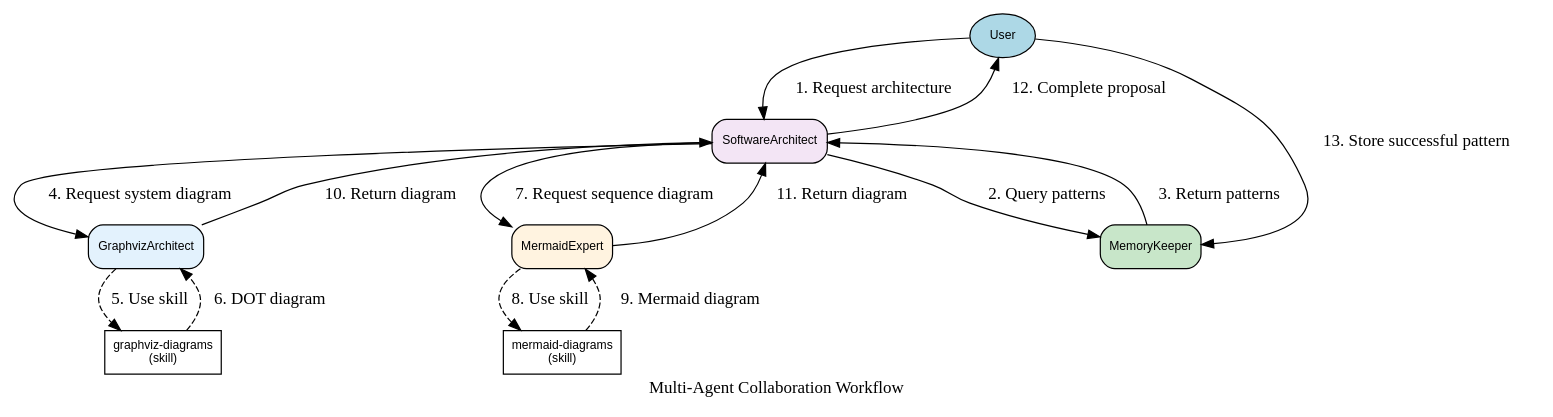
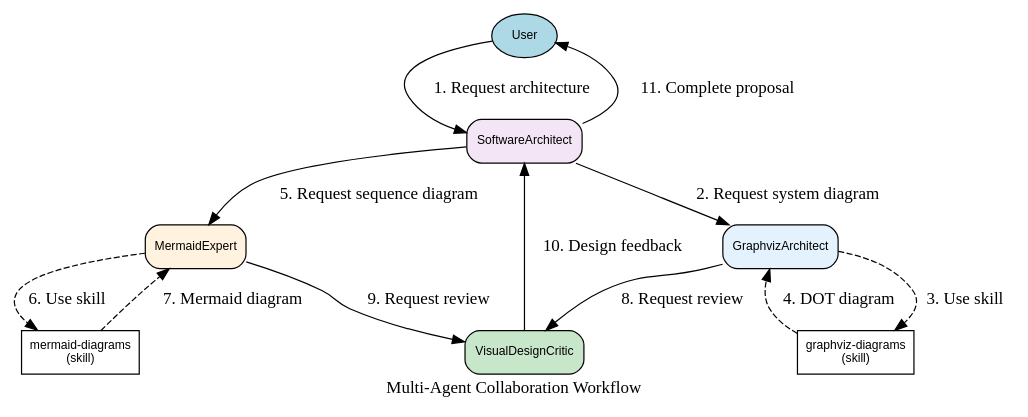
The ninth of 9 diagrams in claude/skills/graphviz-diagrams/references/protocol_templates.md (ravila4/claude-code-config), drawn with Graphviz before and after one commit. The commit also changed other lines of this file and 20 other files, not shown here.

First line of the commit message:
refactor: remove memory system and rename speak skill to speaking

````diff
--- a/claude/skills/graphviz-diagrams/references/protocol_templates.md
+++ b/claude/skills/graphviz-diagrams/references/protocol_templates.md
@@ -479,42 +475,38 @@
 ```dot
 digraph AgentWorkflow {
   label = "Multi-Agent Collaboration Workflow";
   rankdir = TB;
 
   node [fontname="Arial", fontsize=10];
 
   // User interaction
   User [shape=ellipse, fillcolor=lightblue, style=filled];
 
   // Agents
   SoftwareArchitect [shape=box, style="rounded,filled", fillcolor="#f3e5f5"];
   GraphvizArchitect [shape=box, style="rounded,filled", fillcolor="#e3f2fd"];
   MermaidExpert [shape=box, style="rounded,filled", fillcolor="#fff3e0"];
-  MemoryKeeper [shape=box, style="rounded,filled", fillcolor="#c8e6c9"];
+  VisualDesignCritic [shape=box, style="rounded,filled", fillcolor="#c8e6c9"];
 
   // Skills
   GraphvizSkill [shape=box, fillcolor=lightgray, label="graphviz-diagrams\n(skill)"];
   MermaidSkill [shape=box, fillcolor=lightgray, label="mermaid-diagrams\n(skill)"];
 
   // Workflow
   User -> SoftwareArchitect [label="1. Request architecture"];
 
-  SoftwareArchitect -> MemoryKeeper [label="2. Query patterns"];
-  MemoryKeeper -> SoftwareArchitect [label="3. Return patterns"];
+  SoftwareArchitect -> GraphvizArchitect [label="2. Request system diagram"];
+  GraphvizArchitect -> GraphvizSkill [label="3. Use skill", style=dashed];
+  GraphvizSkill -> GraphvizArchitect [label="4. DOT diagram", style=dashed];
 
-  SoftwareArchitect -> GraphvizArchitect [label="4. Request system diagram"];
-  GraphvizArchitect -> GraphvizSkill [label="5. Use skill", style=dashed];
-  GraphvizSkill -> GraphvizArchitect [label="6. DOT diagram", style=dashed];
+  SoftwareArchitect -> MermaidExpert [label="5. Request sequence diagram"];
+  MermaidExpert -> MermaidSkill [label="6. Use skill", style=dashed];
+  MermaidSkill -> MermaidExpert [label="7. Mermaid diagram", style=dashed];
 
-  SoftwareArchitect -> MermaidExpert [label="7. Request sequence diagram"];
-  MermaidExpert -> MermaidSkill [label="8. Use skill", style=dashed];
-  MermaidSkill -> MermaidExpert [label="9. Mermaid diagram", style=dashed];
+  GraphvizArchitect -> VisualDesignCritic [label="8. Request review"];
+  MermaidExpert -> VisualDesignCritic [label="9. Request review"];
+  VisualDesignCritic -> SoftwareArchitect [label="10. Design feedback"];
 
-  GraphvizArchitect -> SoftwareArchitect [label="10. Return diagram"];
-  MermaidExpert -> SoftwareArchitect [label="11. Return diagram"];
-
-  SoftwareArchitect -> User [label="12. Complete proposal"];
-
-  User -> MemoryKeeper [label="13. Store successful pattern"];
+  SoftwareArchitect -> User [label="11. Complete proposal"];
 }
 ```
````
